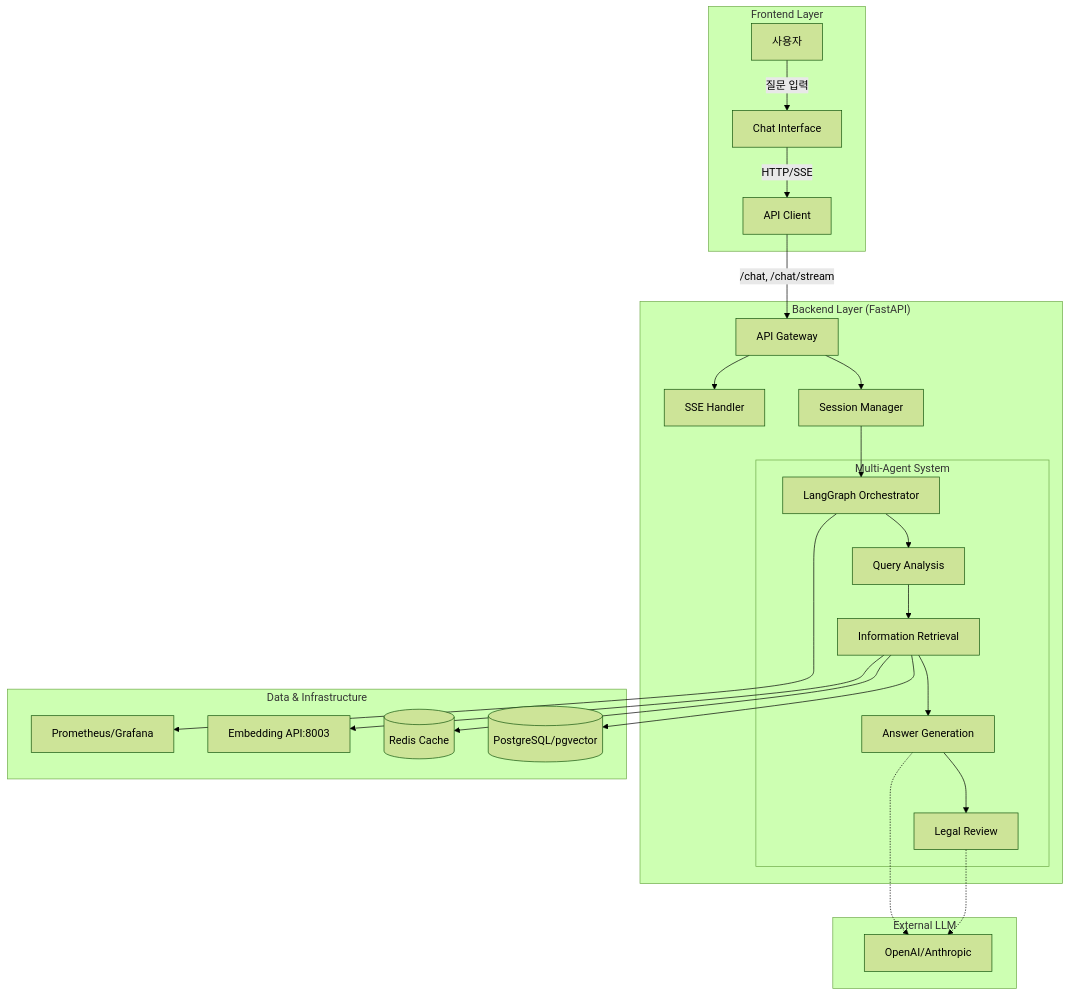
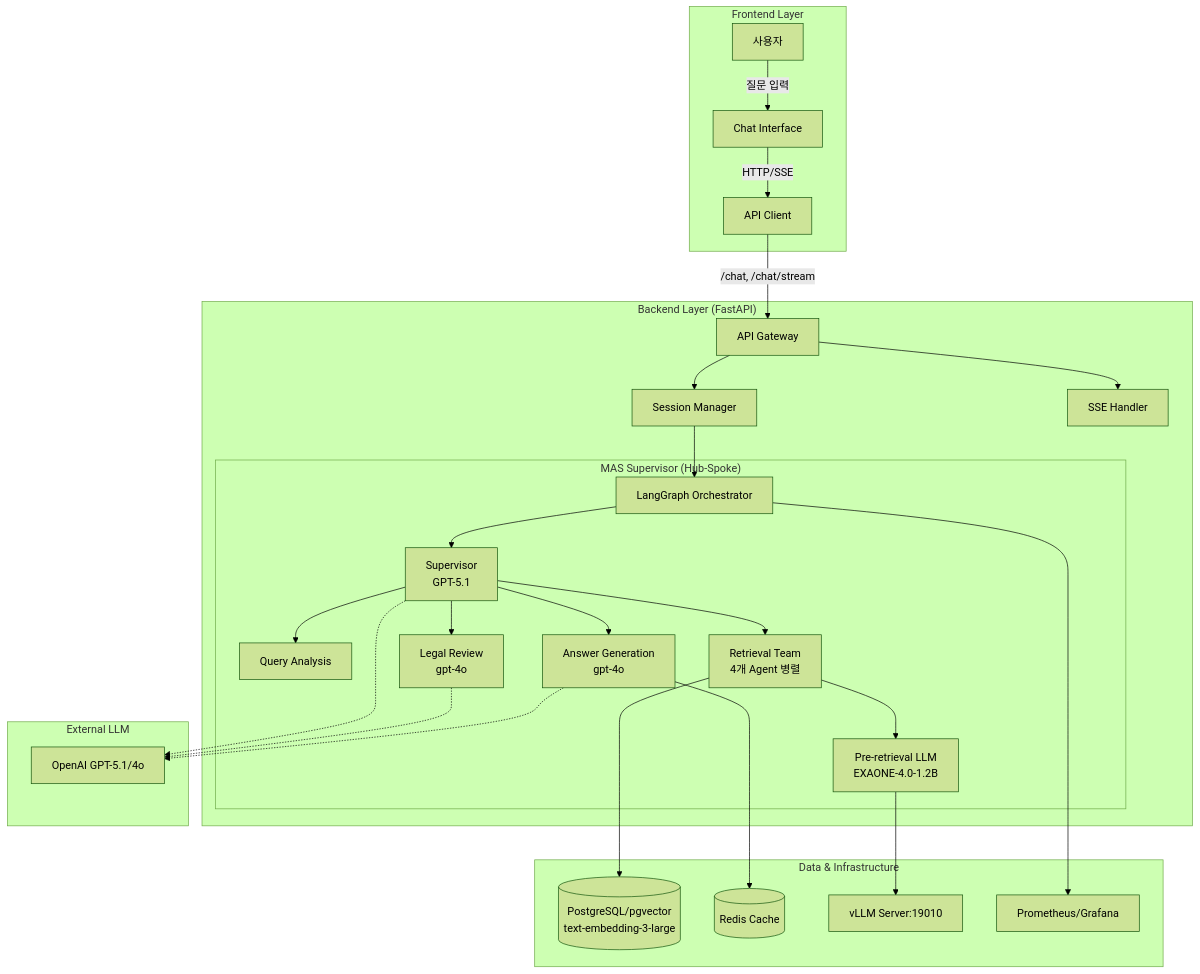
The first of 2 diagrams in README.md (Maroco0109/Ddoksori), drawn with Mermaid (forest theme) before and after one commit. The commit also changed other lines of this file and 12 other files, not shown here.

````diff
--- a/README.md
+++ b/README.md
@@ -102,33 +126,36 @@
 ```mermaid
 graph TB
     subgraph "Frontend Layer"
         A[사용자] -->|질문 입력| B[Chat Interface]
         B -->|HTTP/SSE| C[API Client]
     end
-    
+
     subgraph "Backend Layer (FastAPI)"
         C -->|/chat, /chat/stream| D[API Gateway]
         D --> E[Session Manager]
         D --> F[SSE Handler]
         E --> G[LangGraph Orchestrator]
-        
-        subgraph "Multi-Agent System"
-            G --> H[Query Analysis]
-            H --> I[Information Retrieval]
-            I --> J[Answer Generation]
-            J --> K[Legal Review]
+
+        subgraph "MAS Supervisor (Hub-Spoke)"
+            G --> SUP[Supervisor<br/>GPT-5.1]
+            SUP --> H[Query Analysis]
+            SUP --> I[Retrieval Team<br/>4개 Agent 병렬]
+            I --> PRE[Pre-retrieval LLM<br/>EXAONE-4.0-1.2B]
+            SUP --> J[Answer Generation<br/>gpt-4o]
+            SUP --> K[Legal Review<br/>gpt-4o]
         end
     end
-    
+
     subgraph "Data & Infrastructure"
-        I --> L[(PostgreSQL/pgvector)]
-        I --> M[(Redis Cache)]
-        I --> N[Embedding API:8003]
+        I --> L[(PostgreSQL/pgvector<br/>text-embedding-3-large)]
+        J --> M[(Redis Cache)]
+        PRE --> N[vLLM Server:19010]
         G --> O[Prometheus/Grafana]
     end
-    
+
     subgraph "External LLM"
-        J -.-> P[OpenAI/Anthropic]
+        J -.-> P[OpenAI GPT-5.1/4o]
         K -.-> P
+        SUP -.-> P
     end
 ```
````
